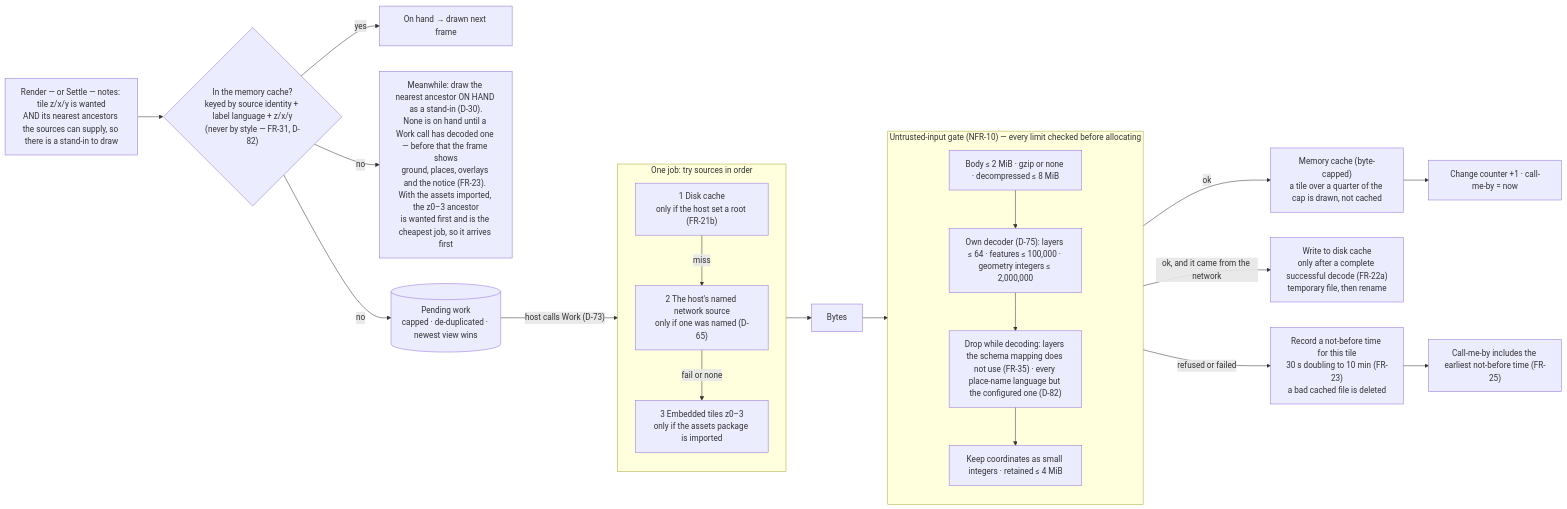
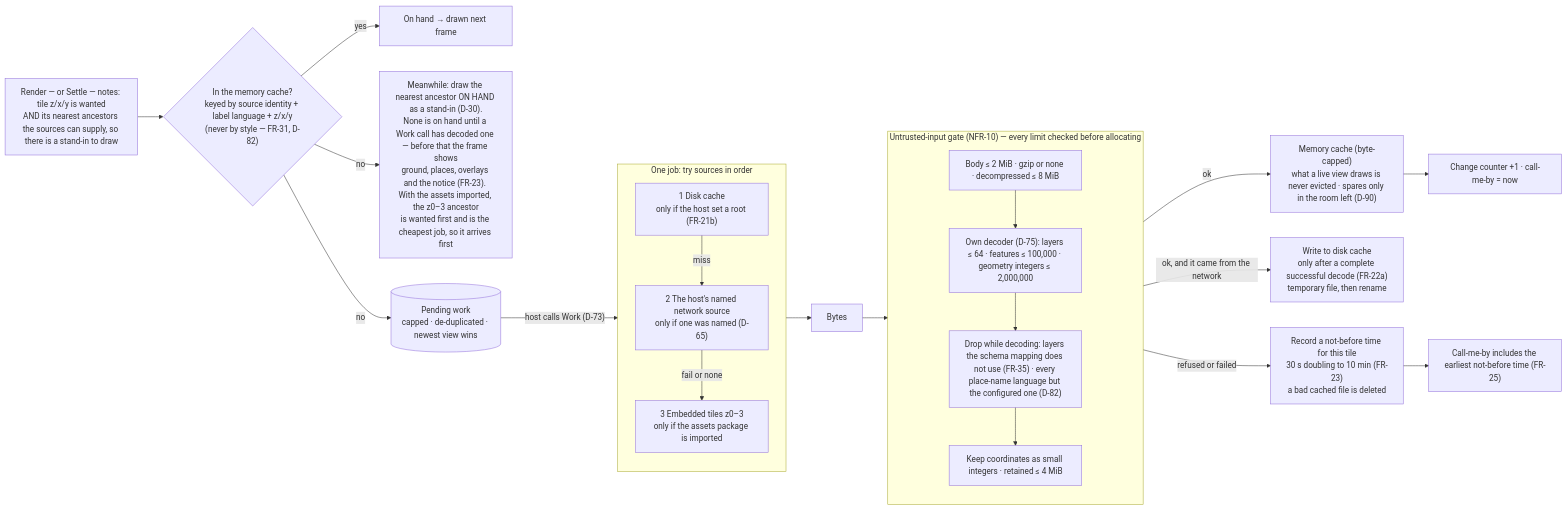
The first of 3 diagrams in 06_docs/02_features/go-tuimaps/03-architecture-design/L2-tiles.md (branden-thompson/go-tuimaps), drawn with Mermaid before and after one commit. The commit also changed 14 other files, not shown here.

````diff
--- a/06_docs/02_features/go-tuimaps/03-architecture-design/L2-tiles.md
+++ b/06_docs/02_features/go-tuimaps/03-architecture-design/L2-tiles.md
@@ -9,31 +9,31 @@
 ```mermaid
 flowchart LR
     NEED["Render — or Settle — notes: tile z/x/y is wanted<br/>AND its nearest ancestors the sources can supply, so there is a stand-in to draw"] --> MEM{"In the memory cache?<br/>keyed by source identity + label language + z/x/y<br/>(never by style — FR-31, D-82)"}
     MEM -- yes --> USE["On hand → drawn next frame"]
     MEM -- no --> ANC["Meanwhile: draw the nearest ancestor ON HAND as a stand-in (D-30).<br/>None is on hand until a Work call has decoded one — before that the frame shows<br/>ground, places, overlays and the notice (FR-23). With the assets imported, the z0–3 ancestor<br/>is wanted first and is the cheapest job, so it arrives first"]
     MEM -- no --> Q[("Pending work<br/>capped · de-duplicated · newest view wins")]
     Q -- "host calls Work (D-73)" --> ORDER
 
     subgraph ORDER["One job: try sources in order"]
       direction TB
       S1["1 Disk cache<br/>only if the host set a root (FR-21b)"]
       S2["2 The host's named network source<br/>only if one was named (D-65)"]
       S3["3 Embedded tiles z0–3<br/>only if the assets package is imported"]
       S1 -- miss --> S2 -- "fail or none" --> S3
     end
 
     ORDER --> BYTES["Bytes"] --> GATE
     subgraph GATE["Untrusted-input gate (NFR-10) — every limit checked before allocating"]
       direction TB
       G1["Body ≤ 2 MiB · gzip or none · decompressed ≤ 8 MiB"]
       G2["Own decoder (D-75): layers ≤ 64 · features ≤ 100,000 · geometry integers ≤ 2,000,000"]
       G3["Drop while decoding: layers the schema mapping does not use (FR-35) · every place-name language but the configured one (D-82)"]
       G4["Keep coordinates as small integers · retained ≤ 4 MiB"]
       G1 --> G2 --> G3 --> G4
     end
-    GATE -- "ok" --> STORE["Memory cache (byte-capped)<br/>a tile over a quarter of the cap is drawn, not cached"]
+    GATE -- "ok" --> STORE["Memory cache (byte-capped)<br/>what a live view draws is never evicted · spares only in the room left (D-90)"]
     GATE -- "ok, and it came from the network" --> WRITE["Write to disk cache<br/>only after a complete successful decode (FR-22a)<br/>temporary file, then rename"]
     GATE -- "refused or failed" --> FAIL["Record a not-before time for this tile<br/>30 s doubling to 10 min (FR-23)<br/>a bad cached file is deleted"]
     STORE --> BUMP["Change counter +1 · call-me-by = now"]
     FAIL --> DL["Call-me-by includes the earliest not-before time (FR-25)"]
 ```
````
